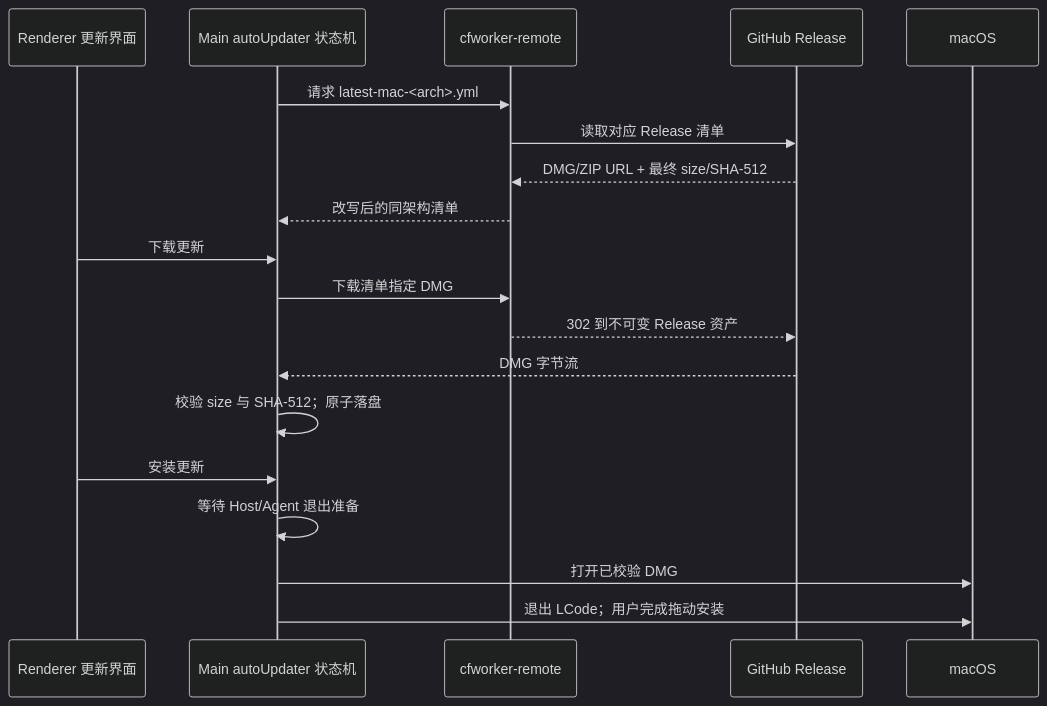
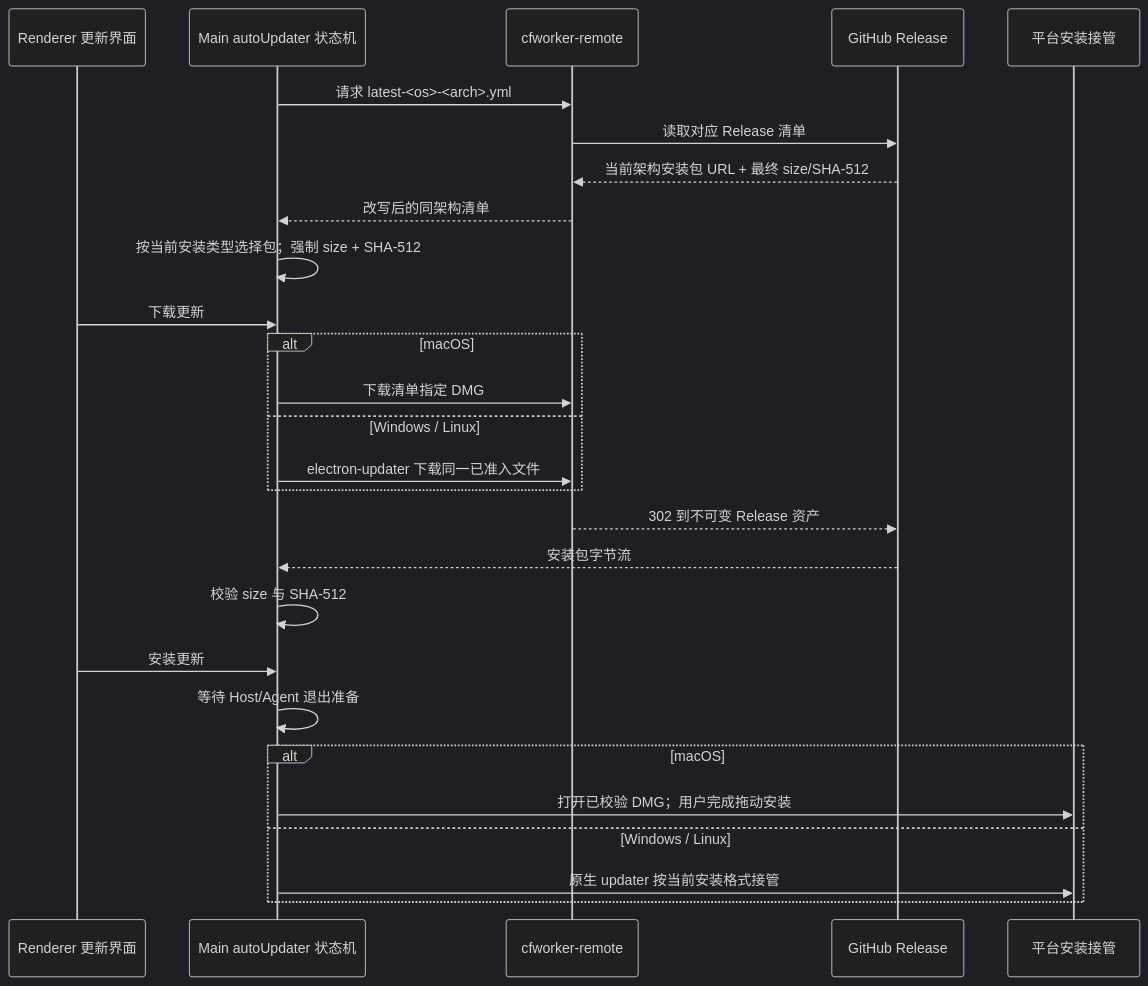
One commit to lemon-casino/LemonCode changed the second of 2 diagrams in specs/github-actions-desktop-release.md. Above: the diagram before and after it, drawn with Mermaid (dark theme). The commit also changed other lines of this file and 8 other files, not shown here.

````diff
--- a/specs/github-actions-desktop-release.md
+++ b/specs/github-actions-desktop-release.md
@@ -96,21 +103,29 @@
 ```mermaid
 sequenceDiagram
   participant UI as Renderer 更新界面
   participant Main as Main autoUpdater 状态机
   participant Worker as cfworker-remote
   participant Release as GitHub Release
-  participant OS as macOS
-  Main->>Worker: 请求 latest-mac-<arch>.yml
+  participant OS as 平台安装接管
+  Main->>Worker: 请求 latest-<os>-<arch>.yml
   Worker->>Release: 读取对应 Release 清单
-  Release-->>Worker: DMG/ZIP URL + 最终 size/SHA-512
+  Release-->>Worker: 当前架构安装包 URL + 最终 size/SHA-512
   Worker-->>Main: 改写后的同架构清单
+  Main->>Main: 按当前安装类型选择包；强制 size + SHA-512
   UI->>Main: 下载更新
-  Main->>Worker: 下载清单指定 DMG
+  alt macOS
+    Main->>Worker: 下载清单指定 DMG
+  else Windows / Linux
+    Main->>Worker: electron-updater 下载同一已准入文件
+  end
   Worker-->>Release: 302 到不可变 Release 资产
-  Release-->>Main: DMG 字节流
-  Main->>Main: 校验 size 与 SHA-512；原子落盘
+  Release-->>Main: 安装包字节流
+  Main->>Main: 校验 size 与 SHA-512
   UI->>Main: 安装更新
   Main->>Main: 等待 Host/Agent 退出准备
-  Main->>OS: 打开已校验 DMG
-  Main->>OS: 退出 LCode；用户完成拖动安装
+  alt macOS
+    Main->>OS: 打开已校验 DMG；用户完成拖动安装
+  else Windows / Linux
+    Main->>OS: 原生 updater 按当前安装格式接管
+  end
 ```
````
